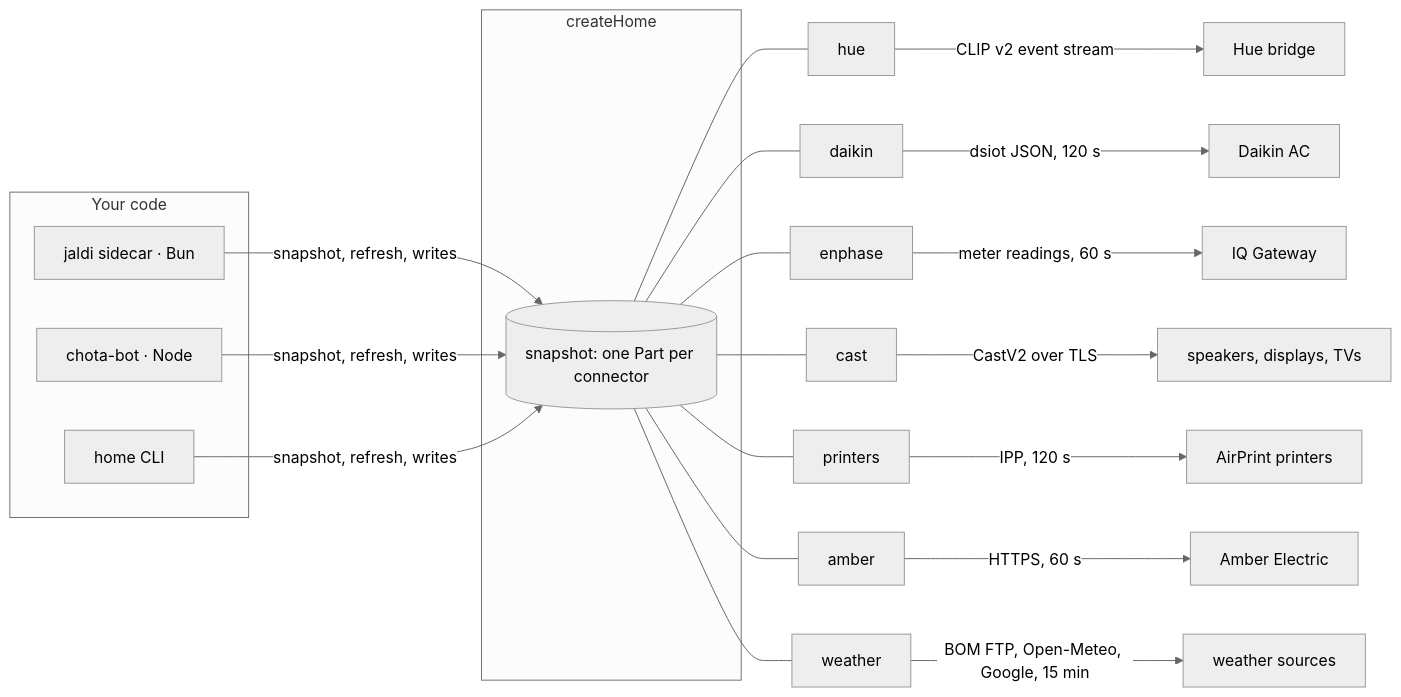
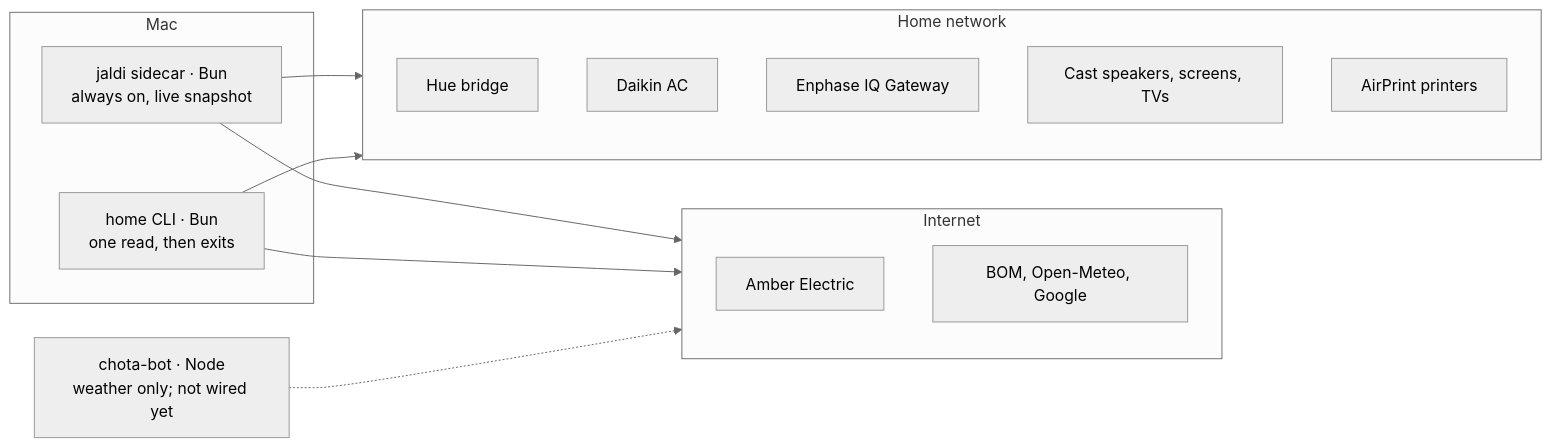
One commit to khalido/home.ts changed the diagram in README.md. Above: the diagram before and after it, drawn with Mermaid (neutral theme). The commit also changed other lines of this file, not shown here.

Commit message:
README map: each app runs its own copy of the library; no server between them
Claude-Session: https://claude.ai/code/session_01QCw4FQhQJ5JqZMeEyWbztB

````diff
--- a/README.md
+++ b/README.md
@@ -18,20 +18,24 @@
 ```mermaid
 flowchart LR
-  subgraph apps [Your code]
-    J[jaldi sidecar · Bun]
-    B[chota-bot · Node]
-    C[home CLI]
+  subgraph mac [Mac]
+    J["jaldi sidecar · Bun<br/>always on, live snapshot"]
+    C["home CLI · Bun<br/>one read, then exits"]
   end
-  subgraph core [createHome]
-    S[(snapshot: one Part per connector)]
+  B["chota-bot · Node<br/>weather only; not wired yet"]
+  subgraph lan [Home network]
+    HB[Hue bridge]
+    AC[Daikin AC]
+    IQ[Enphase IQ Gateway]
+    CD[Cast speakers, screens, TVs]
+    PR[AirPrint printers]
   end
-  J & B & C -->|snapshot, refresh, writes| S
-  S --- hue & daikin & enphase & cast & printers & amber & weather
-  hue -->|CLIP v2 event stream| HB[Hue bridge]
-  daikin -->|dsiot JSON, 120 s| AC[Daikin AC]
-  enphase -->|meter readings, 60 s| IQ[IQ Gateway]
-  cast -->|CastV2 over TLS| CD[speakers, displays, TVs]
-  printers -->|IPP, 120 s| PR[AirPrint printers]
-  amber -->|HTTPS, 60 s| AM[Amber Electric]
-  weather -->|BOM FTP, Open-Meteo, Google, 15 min| WX[weather sources]
+  subgraph net [Internet]
+    AM[Amber Electric]
+    WX[BOM, Open-Meteo, Google]
+  end
+  J --> lan
+  J --> net
+  C --> lan
+  C --> net
+  B -.-> net
 ```
````
